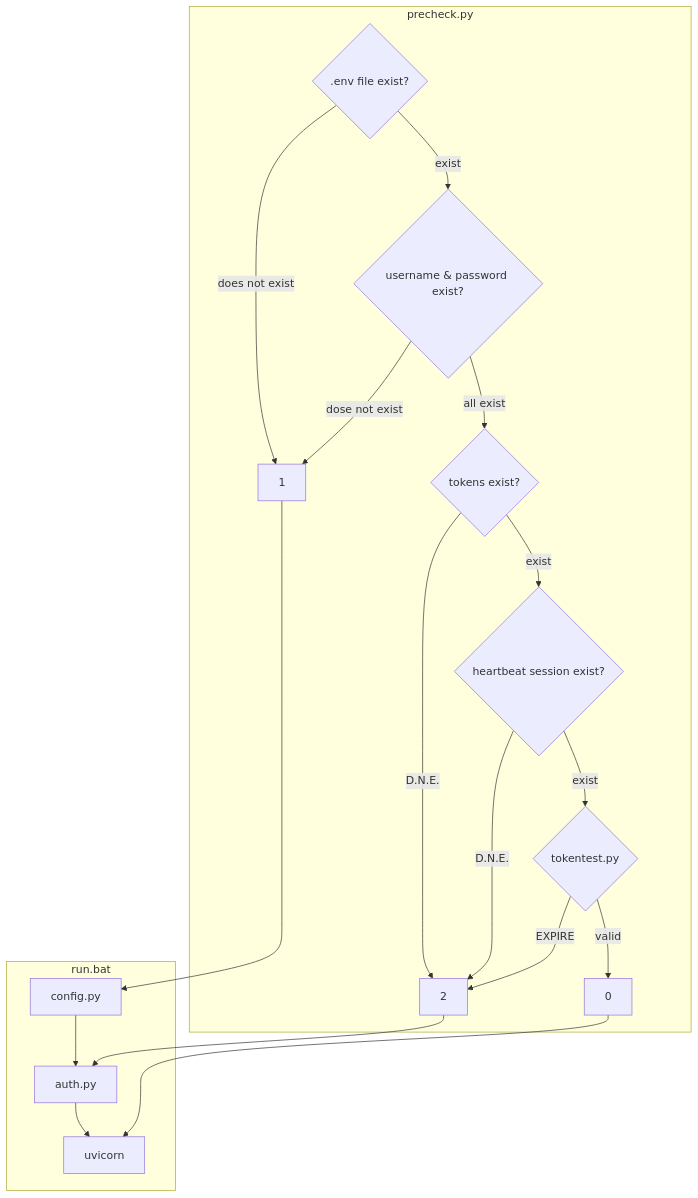
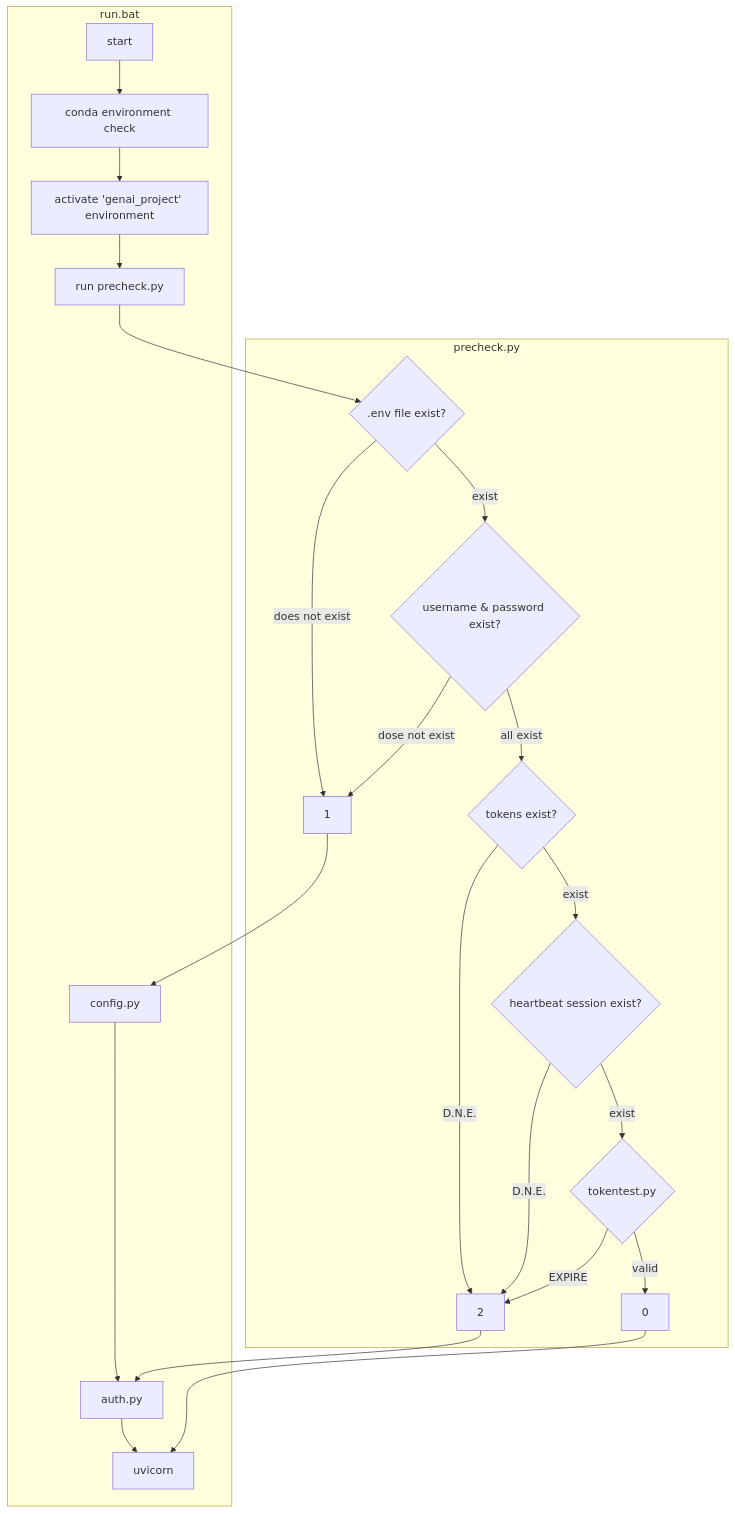
One commit to sealeelike/XIPUAI-to-openAI-compatible-API changed the diagram in README.md. Above: the diagram before and after it, drawn with Mermaid.

````diff
--- a/README.md
+++ b/README.md
@@ -103,26 +103,27 @@
 ```mermaid
 graph TD
     subgraph precheck.py
         A{.env file exist?}
         A --exist--> D{username & password exist?}
         A --does not exist--> 1
 
         D --all exist--> F{tokens exist?}
         D --dose not exist--> 1
 
         F --D.N.E.--> 2
         F --exist--> H{heartbeat session exist?}
         H --exist--> I{tokentest.py}
         H --D.N.E.--> 2
 
 
         I --EXPIRE--> 2
         I --valid--> 0
     end
     subgraph run.bat
+        a[start] --> b[conda environment check] --> c[activate 'genai_project' environment] --> d[run precheck.py] --> A
         1 --> config.py --> auth.py --> uvicorn
         2 --> auth.py
         0 --> uvicorn
     end
 
 ```
````
